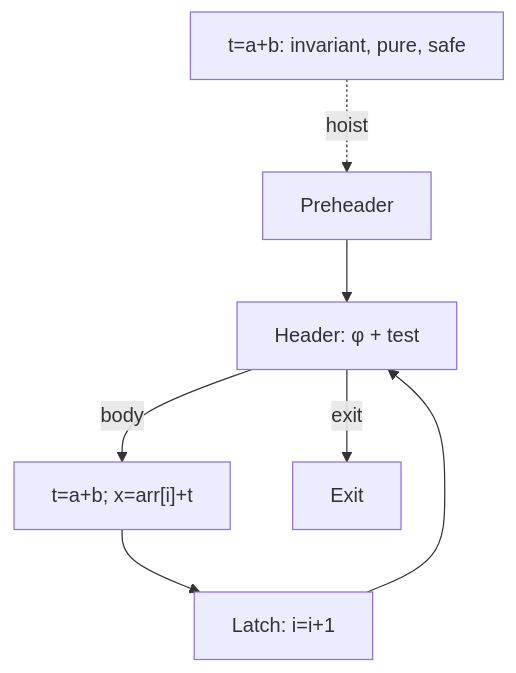
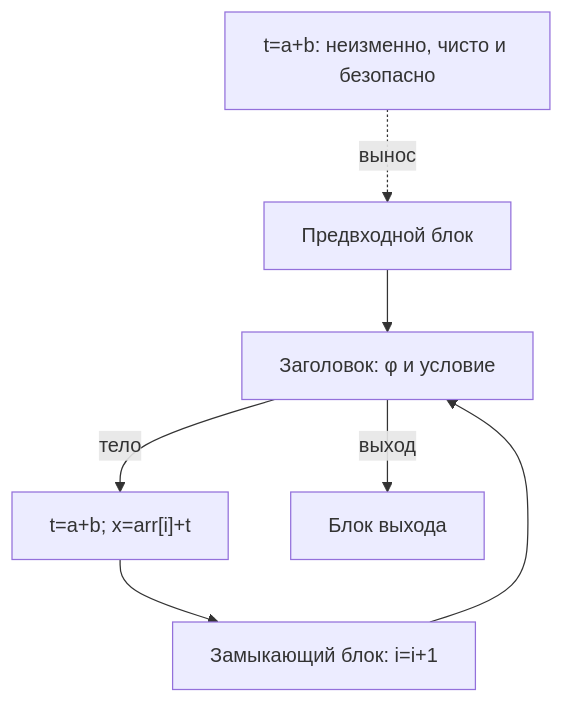
The diagram in docs/modules/16-licm.md (Misha1302/Middle-end-compiler-cource), drawn with Mermaid before and after one commit. The commit also changed other lines of this file and 35 other files, not shown here.

````diff
--- a/docs/modules/16-licm.md
+++ b/docs/modules/16-licm.md
@@ -29,9 +31,9 @@
 ```mermaid
 flowchart TD
-  PRE[Preheader] --> H[Header: φ + test]
-  H -->|body| B["t=a+b; x=arr[i]+t"]
-  H -->|exit| E[Exit]
-  B --> L[Latch: i=i+1]
+  PRE[Предвходной блок] --> H[Заголовок: φ и условие]
+  H -->|тело| B["t=a+b; x=arr[i]+t"]
+  H -->|выход| E[Блок выхода]
+  B --> L[Замыкающий блок: i=i+1]
   L --> H
-  T["t=a+b: invariant, pure, safe"] -. hoist .-> PRE
+  T["t=a+b: неизменно, чисто и безопасно"] -. вынос .-> PRE
 ```
````
